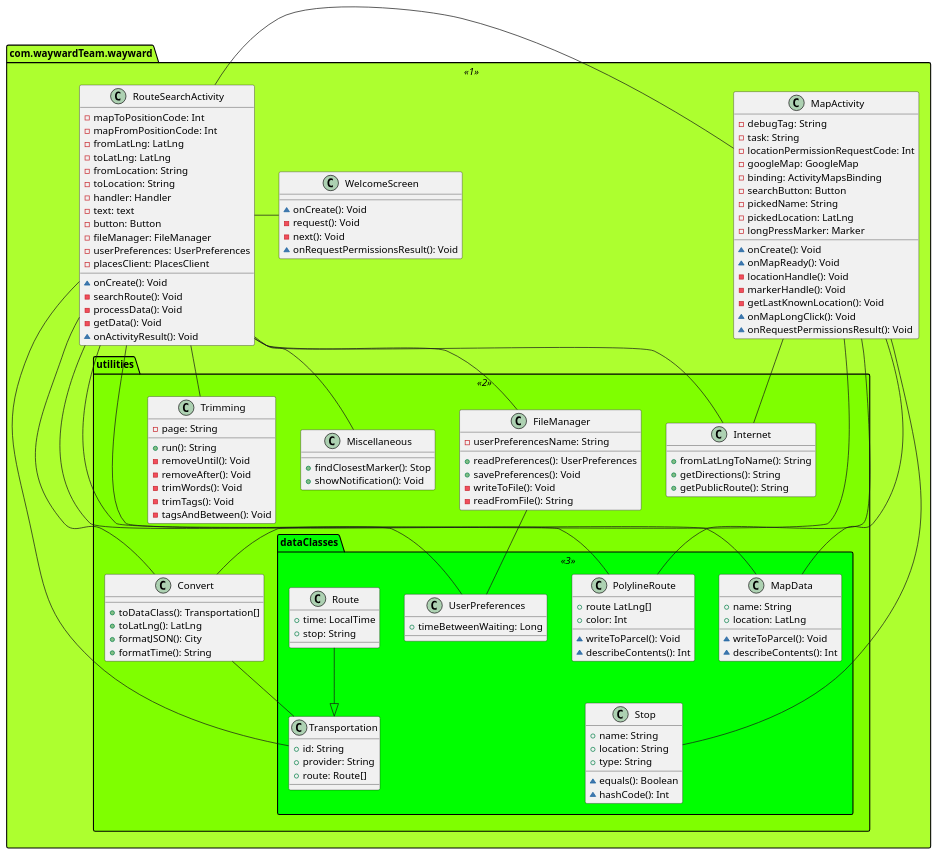
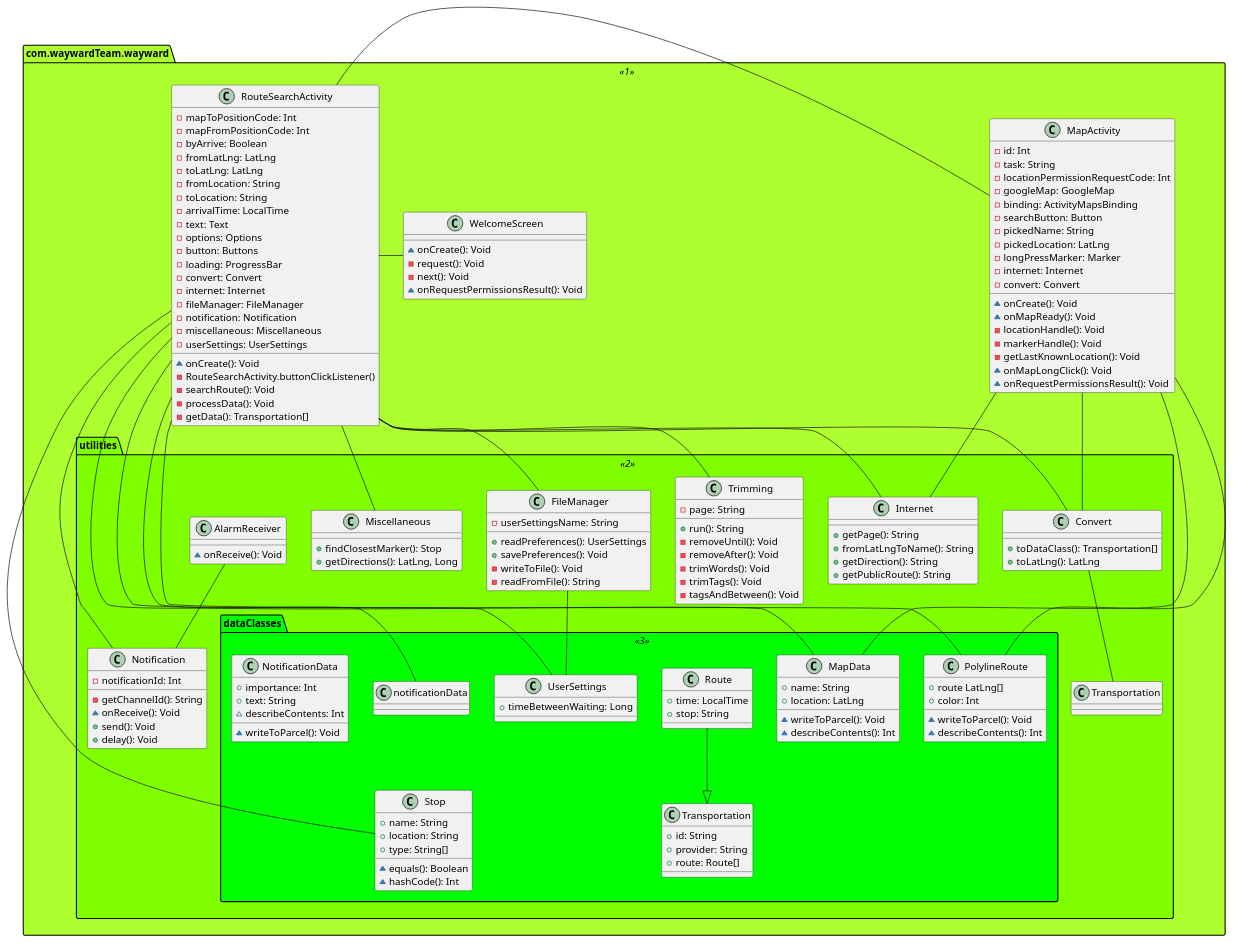
One commit to FoxThePrezident/WayThere changed the diagram in assets/classDiagram.puml. Above: the diagram before and after it, drawn with PlantUML. The commit also changed 19 other files, not shown here.

Commit message:
Fixed delaying notifications. Added Slovak and English automatic translations. Added setting for user that he could use for route planning.

```diff
--- a/assets/classDiagram.puml
+++ b/assets/classDiagram.puml
@@ -1,158 +1,187 @@
  @startuml
 'https://plantuml.com/class-diagram
 'I used symbol ~ for indicating that that method is overridden
 !pragma useIntermediatePackages false
 
 <style>
     .1 {
         BackgroundColor GreenYellow
     }
     .2 {
         BackgroundColor Chartreuse
     }
     .3 {
         BackgroundColor Lime
     }
 </style>
 
 package com.waywardTeam.wayward <<1>> {
     class WelcomeScreen {
         ~onCreate(): Void
         -request(): Void
         -next(): Void
         ~onRequestPermissionsResult(): Void
     }
     WelcomeScreen -left- RouteSearchActivity
 
     class RouteSearchActivity {
         -mapToPositionCode: Int
         -mapFromPositionCode: Int
+        -byArrive: Boolean
         -fromLatLng: LatLng
         -toLatLng: LatLng
         -fromLocation: String
         -toLocation: String
-        -handler: Handler
-        -text: text
-        -button: Button
+        -arrivalTime: LocalTime
+        -text: Text
+        -options: Options
+        -button: Buttons
+        -loading: ProgressBar
+        -convert: Convert
+        -internet: Internet
         -fileManager: FileManager
-        -userPreferences: UserPreferences
-        -placesClient: PlacesClient
+        -notification: Notification
+        -miscellaneous: Miscellaneous
+        -userSettings: UserSettings
+
         ~onCreate(): Void
+        -RouteSearchActivity.buttonClickListener()
         -searchRoute(): Void
         -processData(): Void
-        -getData(): Void
-        ~onActivityResult(): Void
+        -getData(): Transportation[]
     }
     RouteSearchActivity -right- MapActivity
     RouteSearchActivity -- utilities.Convert
     RouteSearchActivity -- utilities.Internet
     RouteSearchActivity -- utilities.Trimming
     RouteSearchActivity -- utilities.FileManager
+    RouteSearchActivity -- utilities.Notification
     RouteSearchActivity -- utilities.Miscellaneous
-    RouteSearchActivity -- utilities.dataClasses.Transportation
+    RouteSearchActivity -- utilities.dataClasses.Stop
     RouteSearchActivity -- utilities.dataClasses.MapData
+    RouteSearchActivity -- utilities.dataClasses.UserSettings
     RouteSearchActivity -- utilities.dataClasses.PolylineRoute
-    RouteSearchActivity -- utilities.dataClasses.UserPreferences
+    RouteSearchActivity -- utilities.dataClasses.notificationData
 
     class MapActivity {
-        -debugTag: String
+        -id: Int
         -task: String
         -locationPermissionRequestCode: Int
         -googleMap: GoogleMap
         -binding: ActivityMapsBinding
         -searchButton: Button
         -pickedName: String
         -pickedLocation: LatLng
         -longPressMarker: Marker
+        -internet: Internet
+        -convert: Convert
+
         ~onCreate(): Void
         ~onMapReady(): Void
         -locationHandle(): Void
         -markerHandle(): Void
         -getLastKnownLocation(): Void
         ~onMapLongClick(): Void
         ~onRequestPermissionsResult(): Void
     }
     MapActivity -- utilities.Convert
     MapActivity -- utilities.Internet
-    MapActivity -- utilities.dataClasses.Stop
     MapActivity -- utilities.dataClasses.MapData
     MapActivity -- utilities.dataClasses.PolylineRoute
 
     package utilities <<2>> {
         class Convert {
             +toDataClass(): Transportation[]
             +toLatLng(): LatLng
-            +formatJSON(): City
-            +formatTime(): String
         }
         Convert -- Transportation
 
         package dataClasses <<3>> {
             class Stop {
                 +name: String
                 +location: String
-                +type: String
+                +type: String[]
                 ~equals(): Boolean
                 ~hashCode(): Int
             }
             class Transportation {
                 +id: String
                 +provider: String
                 +route: Route[]
             }
             class Route {
                 +time: LocalTime
                 +stop: String
             }
-            class UserPreferences {
+            class UserSettings {
                 +timeBetweenWaiting: Long
             }
             class MapData {
                 +name: String
                 +location: LatLng
                 ~writeToParcel(): Void
                 ~describeContents(): Int
             }
             class PolylineRoute {
                 +route LatLng[]
                 +color: Int
                 ~writeToParcel(): Void
                 ~describeContents(): Int
             }
+            class NotificationData {
+                +importance: Int
+                +text: String
+                ~writeToParcel(): Void
+                ~describeContents: Int
+            }
             Route --|> Transportation
-            UserPreferences -[hidden]- Stop
+            UserSettings -[hidden]- Stop
         }
 
         class FileManager {
-            -userPreferencesName: String
-            +readPreferences(): UserPreferences
+            -userSettingsName: String
+            +readPreferences(): UserSettings
             +savePreferences(): Void
             -writeToFile(): Void
             -readFromFile(): String
         }
-        FileManager -- UserPreferences
+        FileManager -- UserSettings
 
         class Internet {
+            +getPage(): String
             +fromLatLngToName(): String
-            +getDirections(): String
+            +getDirection(): String
             +getPublicRoute(): String
         }
 
         class Miscellaneous {
             +findClosestMarker(): Stop
-            +showNotification(): Void
+            +getDirections(): LatLng, Long
         }
+
+        class Notification {
+            -notificationId: Int
+            -getChannelId(): String
+            ~onReceive(): Void
+            +send(): Void
+            +delay(): Void
+        }
+
+        class AlarmReceiver {
+            ~onReceive(): Void
+        }
+        AlarmReceiver -- Notification
 
         class Trimming {
             -page: String
             +run(): String
             -removeUntil(): Void
             -removeAfter(): Void
             -trimWords(): Void
             -trimTags(): Void
             -tagsAndBetween(): Void
         }
     }
 }
 
 @enduml
```
